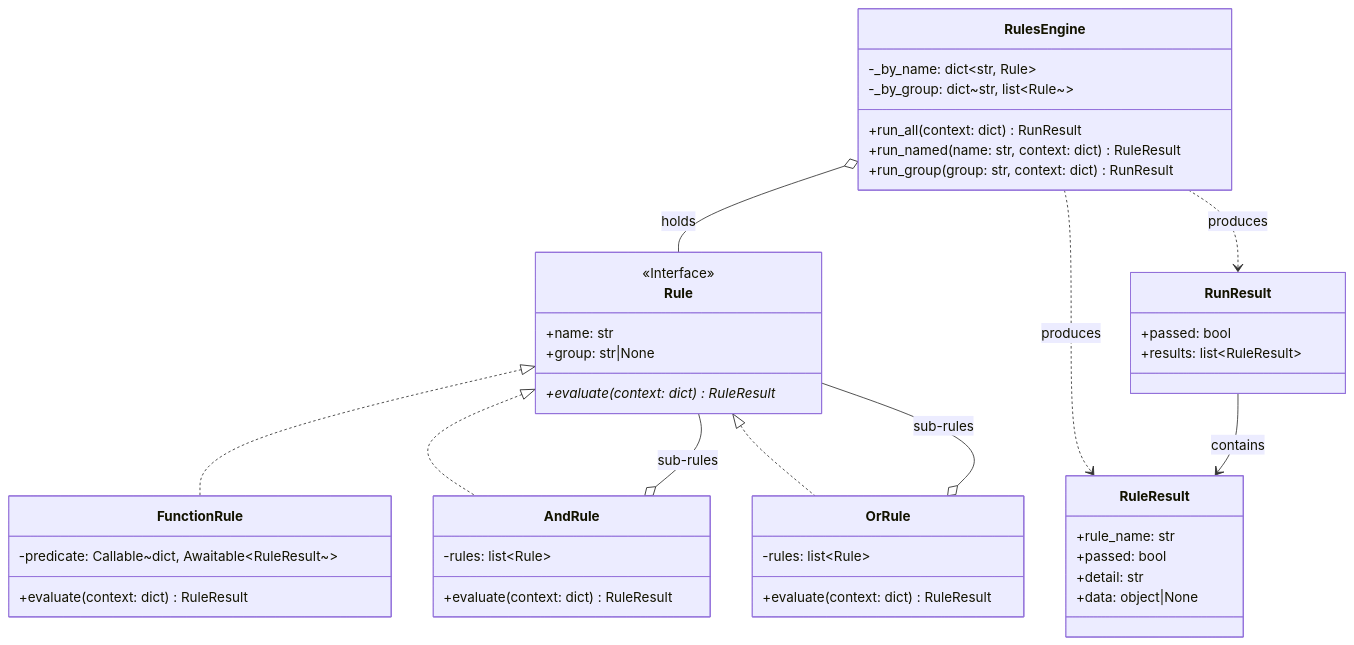
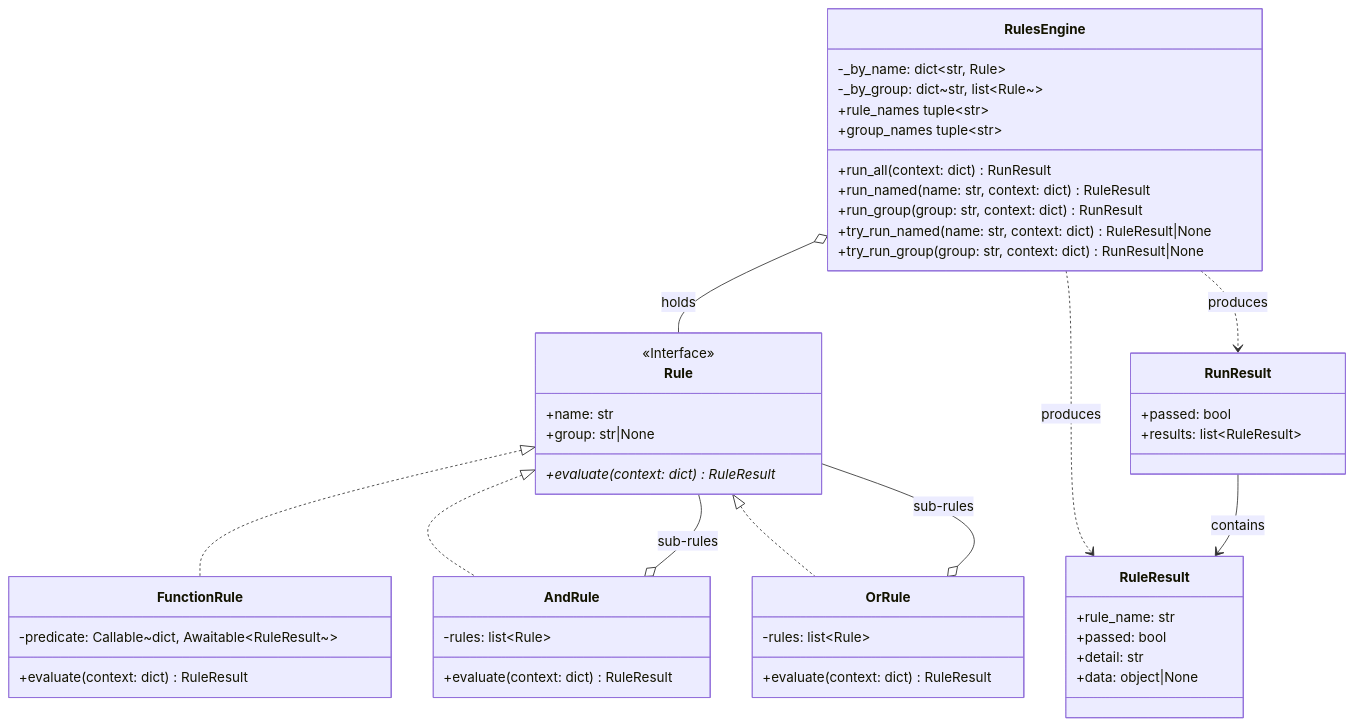
One commit to pawan-vyas/verdict-rules changed the second of 4 diagrams in docs/architecture.md. Above: the diagram before and after it, drawn with Mermaid. The commit also changed other lines of this file and 19 other files, not shown here.

````diff
--- a/docs/architecture.md
+++ b/docs/architecture.md
@@ -114,48 +114,52 @@
 ```mermaid
 classDiagram
     class Rule {
         <<Interface>>
         +name: str
         +group: str|None
         +evaluate(context: dict)* RuleResult
     }
     class FunctionRule {
         -predicate: Callable~dict, Awaitable~RuleResult~~
         +evaluate(context: dict) RuleResult
     }
     class AndRule {
         -rules: list~Rule~
         +evaluate(context: dict) RuleResult
     }
     class OrRule {
         -rules: list~Rule~
         +evaluate(context: dict) RuleResult
     }
     class RulesEngine {
         -_by_name: dict~str, Rule~
         -_by_group: dict~str, list~Rule~~
         +run_all(context: dict) RunResult
         +run_named(name: str, context: dict) RuleResult
         +run_group(group: str, context: dict) RunResult
+        +try_run_named(name: str, context: dict) RuleResult|None
+        +try_run_group(group: str, context: dict) RunResult|None
+        +rule_names tuple~str~
+        +group_names tuple~str~
     }
     class RuleResult {
         +rule_name: str
         +passed: bool
         +detail: str
         +data: object|None
     }
     class RunResult {
         +passed: bool
         +results: list~RuleResult~
     }
 
     Rule <|.. FunctionRule
     Rule <|.. AndRule
     Rule <|.. OrRule
     AndRule o-- Rule : sub-rules
     OrRule o-- Rule : sub-rules
     RulesEngine o-- Rule : holds
     RulesEngine ..> RuleResult : produces
     RulesEngine ..> RunResult : produces
     RunResult --> RuleResult : contains
 ```
````
